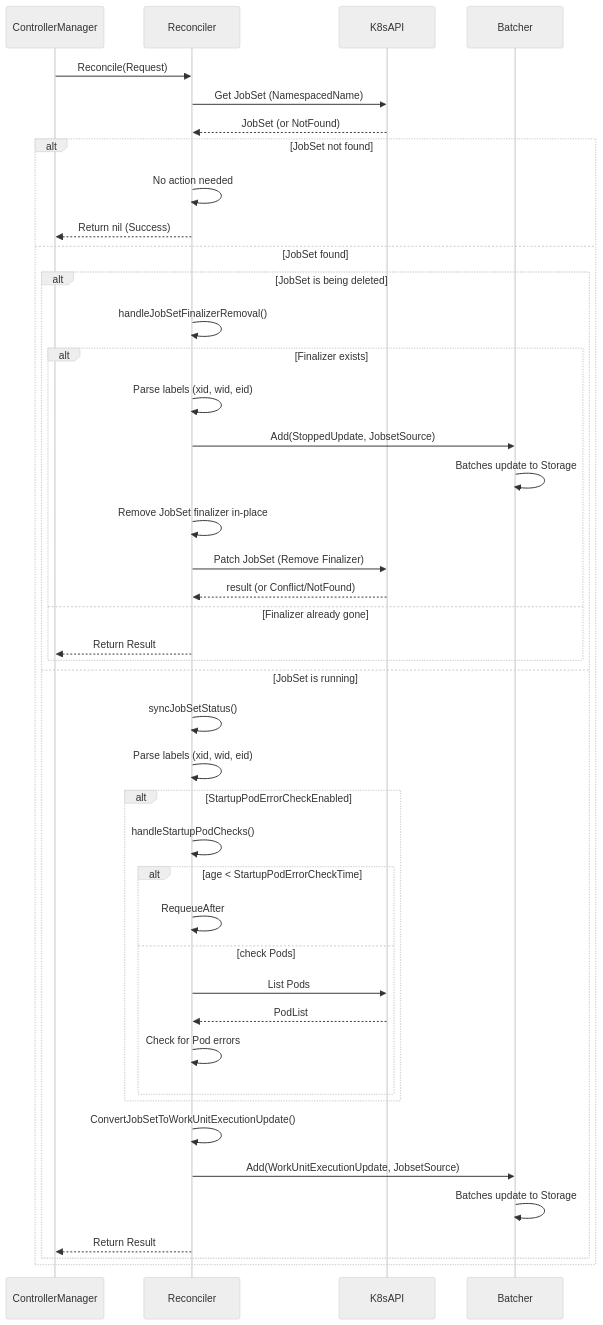
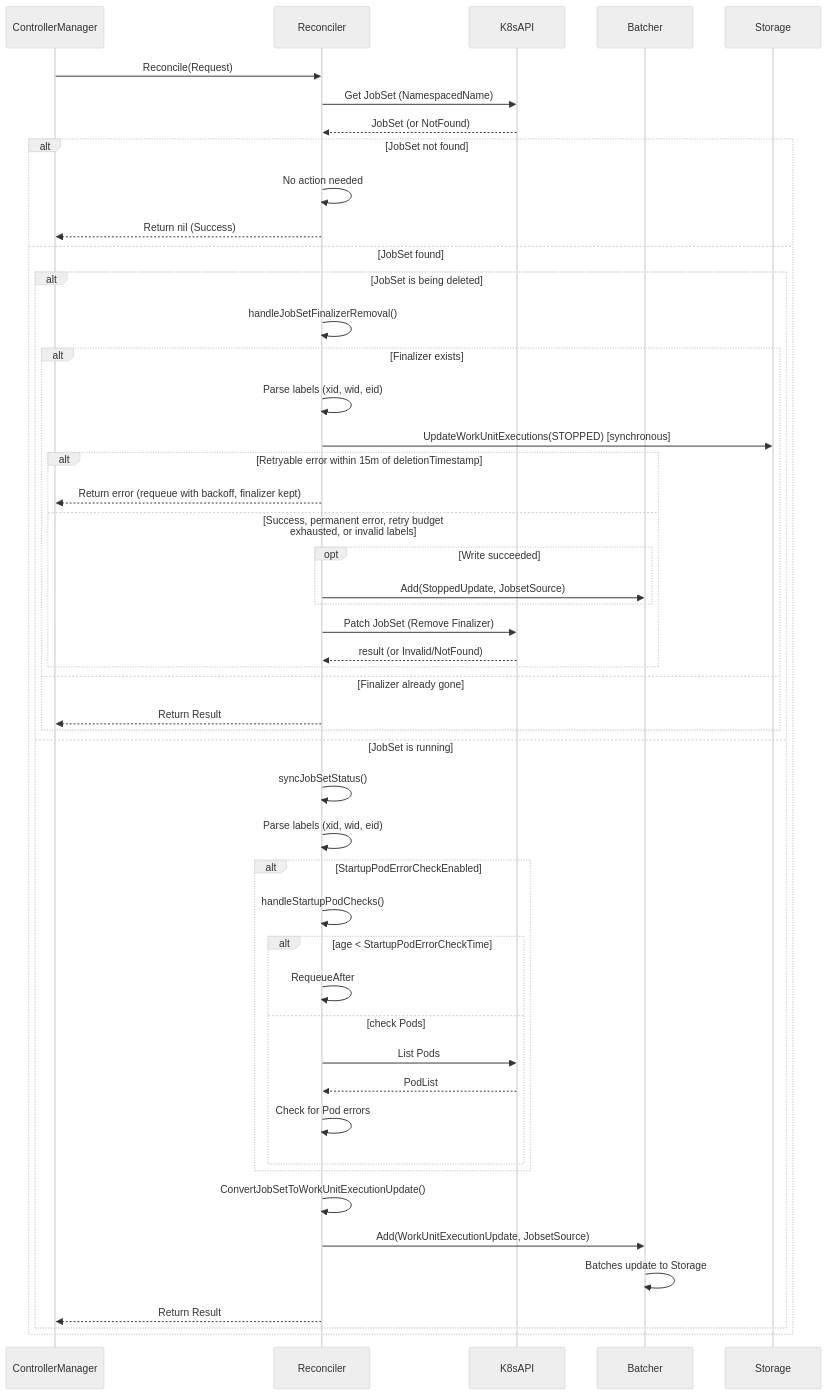
Before and after one commit to google/xmc: the second of 5 diagrams in docs/flows/reconciliation.md, drawn with Mermaid (neutral theme). The commit also changed other lines of this file and 6 other files, not shown here.

First line of the commit message:
fix(reconciler): persist STOPPED status before releasing JobSet finalizer

````diff
--- a/docs/flows/reconciliation.md
+++ b/docs/flows/reconciliation.md
@@ -77,47 +77,53 @@
 ```mermaid
 sequenceDiagram
     participant ControllerManager
     participant Reconciler
     participant K8sAPI
     participant Batcher
+    participant Storage
 
     ControllerManager->>Reconciler: Reconcile(Request)
     Reconciler->>K8sAPI: Get JobSet (NamespacedName)
     K8sAPI-->>Reconciler: JobSet (or NotFound)
 
     alt JobSet not found
         Reconciler->>Reconciler: No action needed
         Reconciler-->>ControllerManager: Return nil (Success)
     else JobSet found
         alt JobSet is being deleted
             Reconciler->>Reconciler: handleJobSetFinalizerRemoval()
             alt Finalizer exists
                 Reconciler->>Reconciler: Parse labels (xid, wid, eid)
-                Reconciler->>Batcher: Add(StoppedUpdate, JobsetSource)
-                Batcher->>Batcher: Batches update to Storage
-                Reconciler->>Reconciler: Remove JobSet finalizer in-place
-                Reconciler->>K8sAPI: Patch JobSet (Remove Finalizer)
-                K8sAPI-->>Reconciler: result (or Conflict/NotFound)
+                Reconciler->>Storage: UpdateWorkUnitExecutions(STOPPED) [synchronous]
+                alt Retryable error within 15m of deletionTimestamp
+                    Reconciler-->>ControllerManager: Return error (requeue with backoff, finalizer kept)
+                else Success, permanent error, retry budget exhausted, or invalid labels
+                    opt Write succeeded
+                        Reconciler->>Batcher: Add(StoppedUpdate, JobsetSource)
+                    end
+                    Reconciler->>K8sAPI: Patch JobSet (Remove Finalizer)
+                    K8sAPI-->>Reconciler: result (or Invalid/NotFound)
+                end
             else Finalizer already gone
                 Reconciler-->>ControllerManager: Return Result
             end
         else JobSet is running
             Reconciler->>Reconciler: syncJobSetStatus()
             Reconciler->>Reconciler: Parse labels (xid, wid, eid)
             alt StartupPodErrorCheckEnabled
                 Reconciler->>Reconciler: handleStartupPodChecks()
                 alt age < StartupPodErrorCheckTime
                     Reconciler->>Reconciler: RequeueAfter
                 else check Pods
                     Reconciler->>K8sAPI: List Pods
                     K8sAPI-->>Reconciler: PodList
                     Reconciler->>Reconciler: Check for Pod errors
                 end
             end
             Reconciler->>Reconciler: ConvertJobSetToWorkUnitExecutionUpdate()
             Reconciler->>Batcher: Add(WorkUnitExecutionUpdate, JobsetSource)
             Batcher->>Batcher: Batches update to Storage
             Reconciler-->>ControllerManager: Return Result
         end
     end
 ```
````
